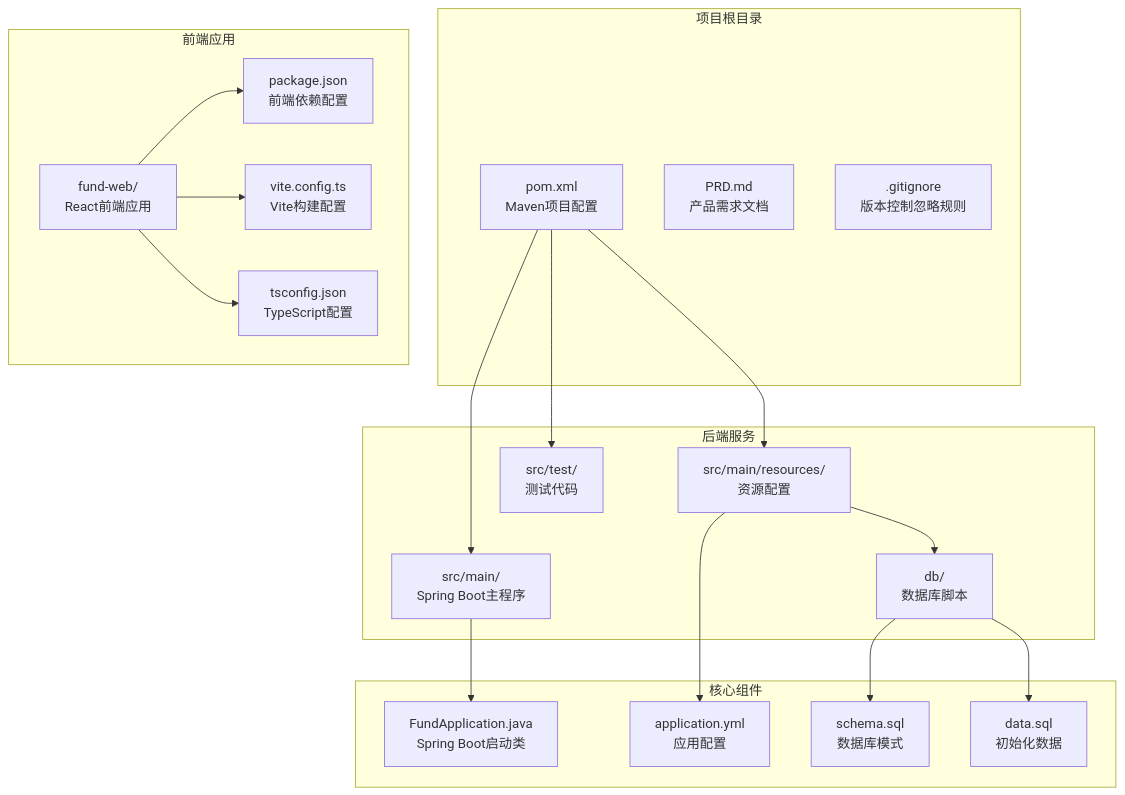
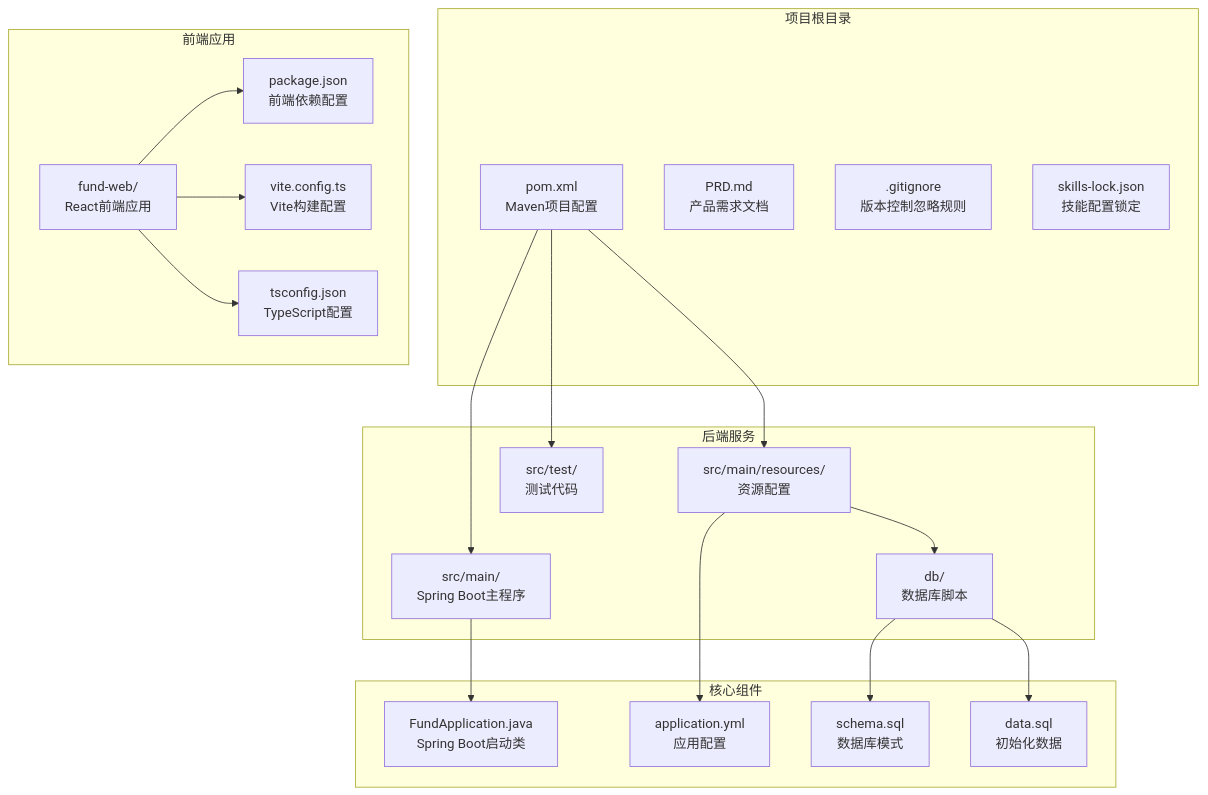
Before and after one commit to gree-coder/fund-butler: the first of 6 diagrams in .qoder/repowiki/zh/content/部署指南.md, drawn with Mermaid. The commit also changed other lines of this file and 5 other files, not shown here.

````diff
--- a/.qoder/repowiki/zh/content/部署指南.md
+++ b/.qoder/repowiki/zh/content/部署指南.md
@@ -42,37 +51,38 @@
 ```mermaid
 graph TB
 subgraph "项目根目录"
 Root[pom.xml<br/>Maven项目配置]
 PRD[PRD.md<br/>产品需求文档]
 Git[.gitignore<br/>版本控制忽略规则]
+SkillsLock[skills-lock.json<br/>技能配置锁定]
 end
 subgraph "后端服务"
 Main[src/main/<br/>Spring Boot主程序]
 Resources[src/main/resources/<br/>资源配置]
 DB[db/<br/>数据库脚本]
 Test[src/test/<br/>测试代码]
 end
 subgraph "前端应用"
 Web[fund-web/<br/>React前端应用]
 Package[package.json<br/>前端依赖配置]
 Vite[vite.config.ts<br/>Vite构建配置]
 TS[tsconfig.json<br/>TypeScript配置]
 end
 subgraph "核心组件"
 App[FundApplication.java<br/>Spring Boot启动类]
 Config[application.yml<br/>应用配置]
 Schema[schema.sql<br/>数据库模式]
 Data[data.sql<br/>初始化数据]
 end
 Root --> Main
 Root --> Resources
 Root --> Test
 Main --> App
 Resources --> Config
 Resources --> DB
 DB --> Schema
 DB --> Data
 Web --> Package
 Web --> Vite
 Web --> TS
 ```
````
